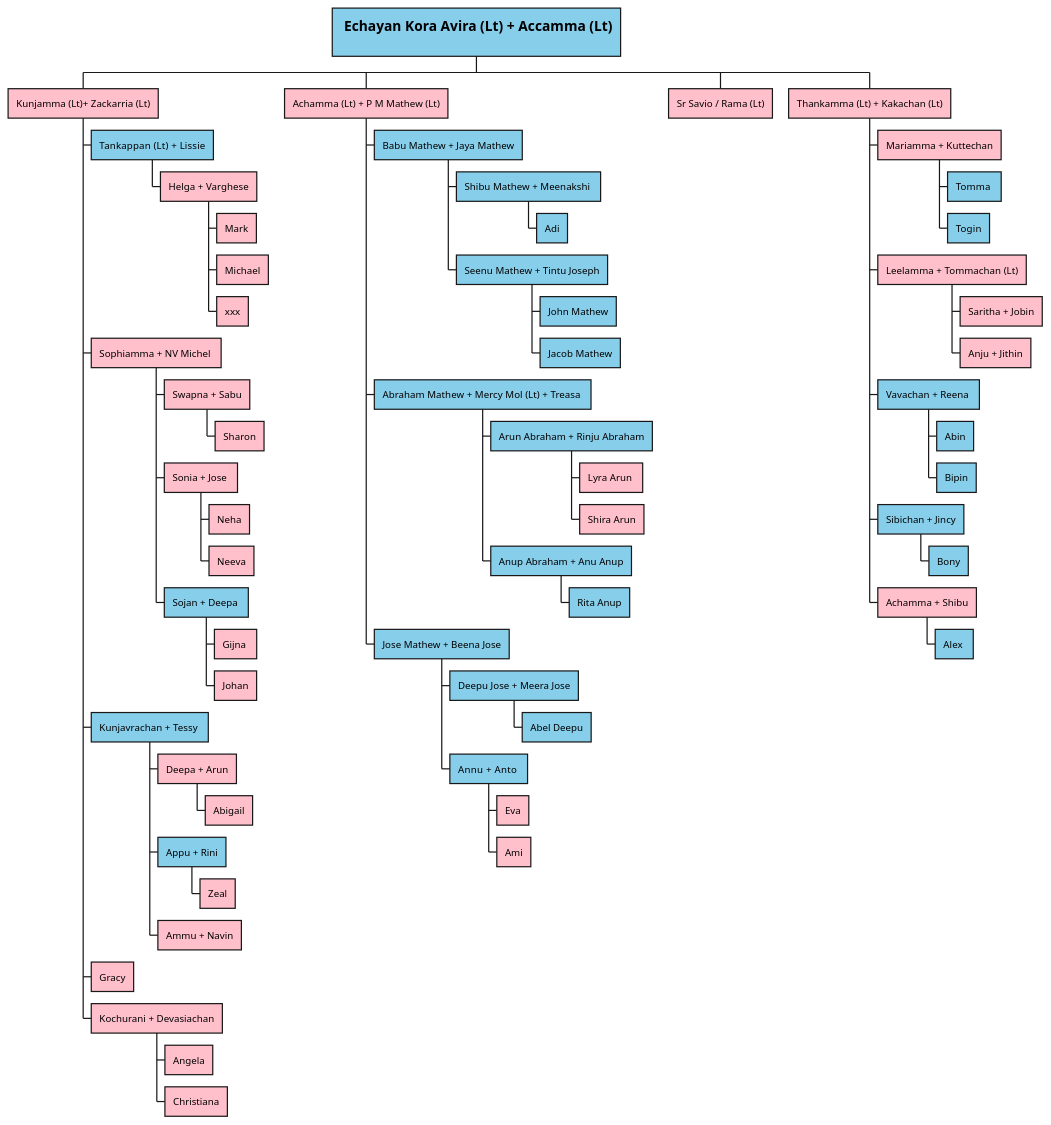
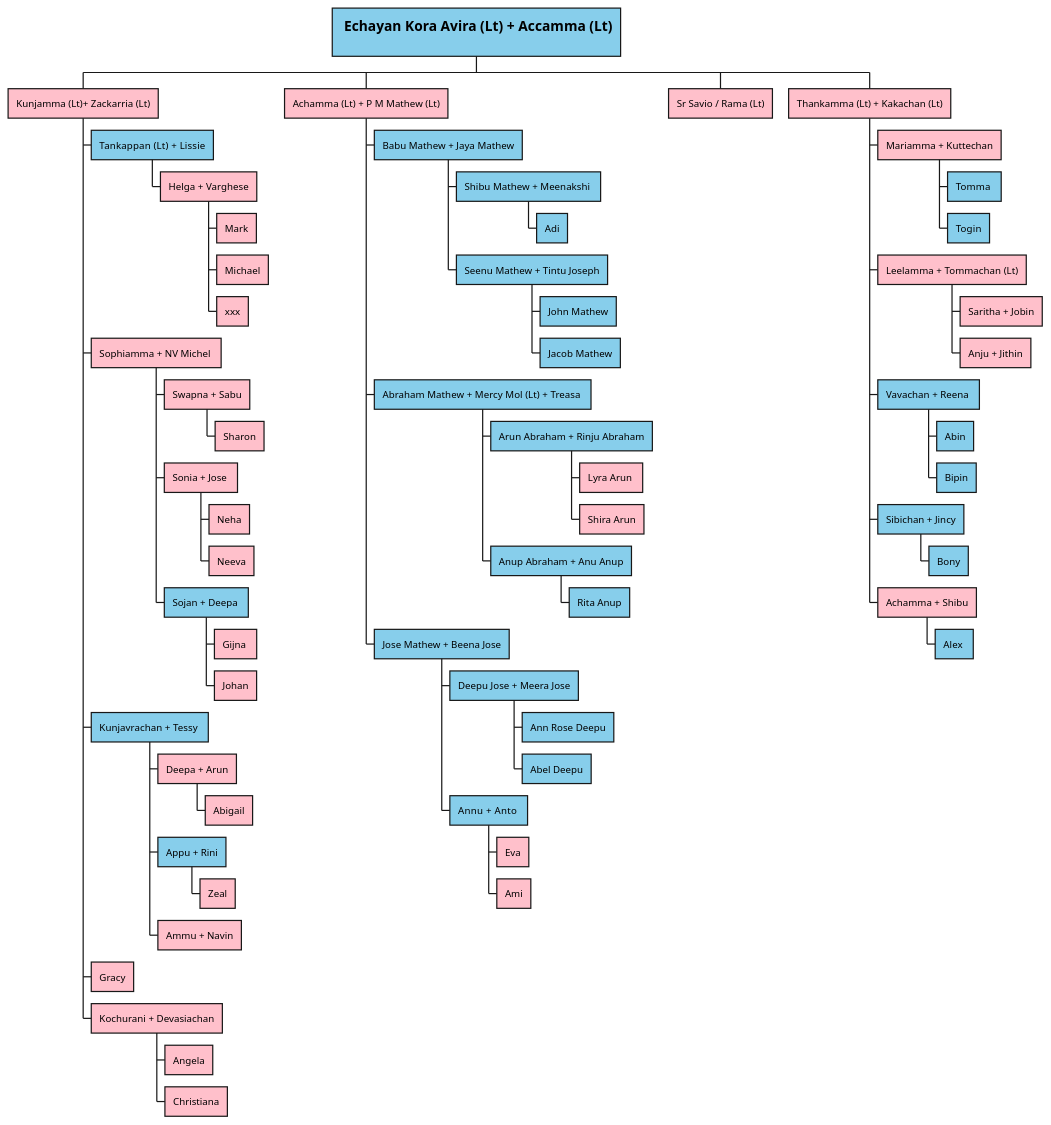
Before and after one commit to SeenuMathew/familyTree: the diagram in Dad/Dad_Amma/Dad_Amma.puml, drawn with PlantUML. The commit also changed 9 other files, not shown here.

```diff
--- a/Dad/Dad_Amma/Dad_Amma.puml
+++ b/Dad/Dad_Amma/Dad_Amma.puml
@@ -1,63 +1,64 @@
 @startwbs
 *[#SkyBlue]:== <size:15> Echayan Kora Avira (Lt) + Accamma (Lt)</size>
 ;
 **[#pink] Kunjamma (Lt)+ Zackarria (Lt)
 ***[#SkyBlue]  Tankappan  (Lt) + Lissie
 ****[#pink]  Helga + Varghese
 *****[#pink]  Mark
 *****[#pink]  Michael
 *****[#pink]  xxx
 ***[#pink]  Sophiamma + NV Michel 
 ****[#pink]  Swapna + Sabu
 *****[#pink]  Sharon
 ****[#pink]  Sonia + Jose 
 *****[#pink]  Neha
 *****[#pink]  Neeva
 ****[#SkyBlue]  Sojan + Deepa 
 *****[#pink]  Gijna 
 *****[#pink]  Johan
 ***[#SkyBlue]  Kunjavrachan + Tessy 
 ****[#pink]  Deepa + Arun
 *****[#pink]  Abigail
 ****[#SkyBlue]  Appu + Rini
 *****[#pink]  Zeal
 ****[#pink]  Ammu + Navin
 ***[#pink]  Gracy
 ***[#pink]  Kochurani + Devasiachan
 ****[#pink]  Angela
 ****[#pink]  Christiana
 **[#pink]  Achamma (Lt) + P M Mathew (Lt)
 ***[#SkyBlue] Babu Mathew + Jaya Mathew
 ****[#SkyBlue] Shibu Mathew + Meenakshi 
 *****[#SkyBlue] Adi
 ****[#SkyBlue] Seenu Mathew + Tintu Joseph
 *****[#SkyBlue] John Mathew
 *****[#SkyBlue] Jacob Mathew
 ***[#SkyBlue] Abraham Mathew + Mercy Mol (Lt) + Treasa 
 ****[#SkyBlue] Arun Abraham + Rinju Abraham
 *****[#pink] Lyra Arun 
 *****[#pink] Shira Arun
 ****[#SkyBlue] Anup Abraham + Anu Anup
 *****[#SkyBlue] Rita Anup
 ***[#SkyBlue] Jose Mathew + Beena Jose
 ****[#SkyBlue] Deepu Jose + Meera Jose
+*****[#SkyBlue] Ann Rose Deepu
 *****[#SkyBlue] Abel Deepu
 ****[#SkyBlue] Annu  + Anto 
 *****[#pink] Eva
 *****[#pink] Ami
 **[#pink] Sr Savio / Rama (Lt)
 **[#pink] Thankamma (Lt) + Kakachan (Lt)
 ***[#pink] Mariamma + Kuttechan
 ****[#SkyBlue] Tomma 
 ****[#SkyBlue] Togin
 ***[#pink] Leelamma + Tommachan (Lt)
 ****[#pink] Saritha + Jobin
 ****[#pink] Anju + Jithin
 ***[#SkyBlue] Vavachan + Reena 
 ****[#SkyBlue] Abin
 ****[#SkyBlue] Bipin
 ***[#SkyBlue] Sibichan + Jincy
 ****[#SkyBlue] Bony
 ***[#pink] Achamma + Shibu
 ****[#SkyBlue] Alex 
 @endwbs
```
